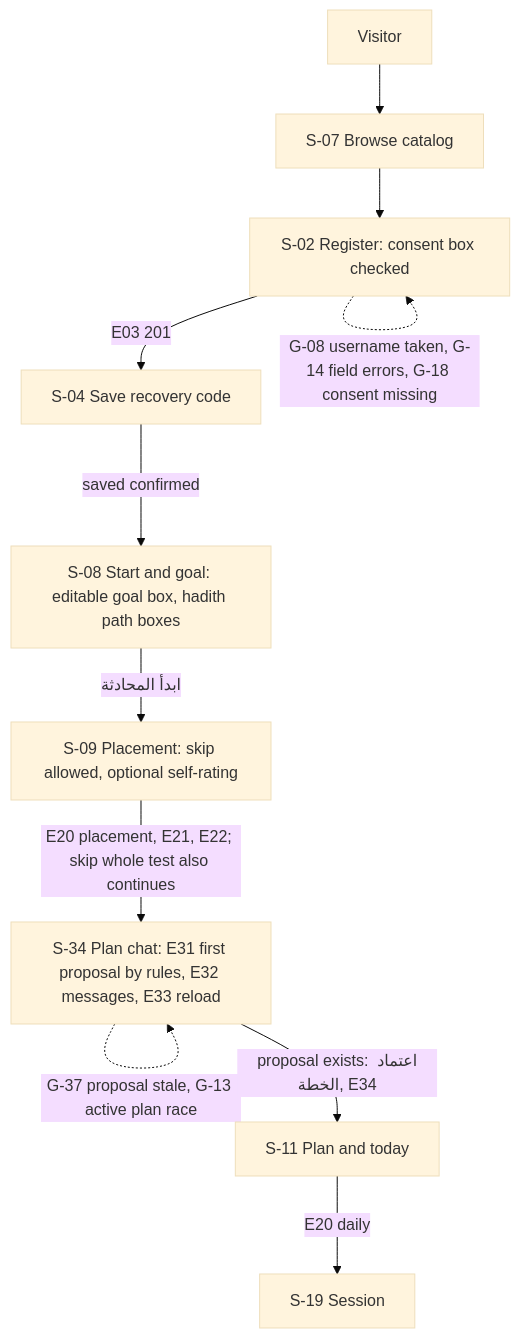
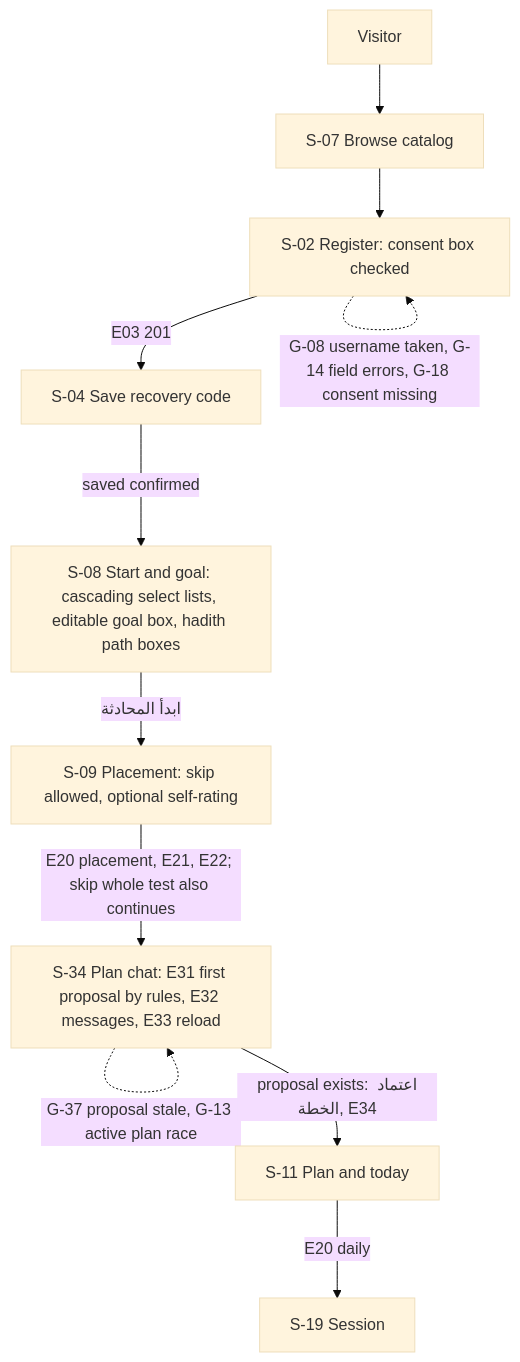
Before and after one commit to ibrashdev/qatra-app: the second of 11 diagrams in docs/UI-design.md, drawn with Mermaid (base theme). The commit also changed other lines of this file and 7 other files, not shown here.

````diff
--- a/docs/UI-design.md
+++ b/docs/UI-design.md
@@ -282,14 +282,14 @@
 ```mermaid
 flowchart TD
   V["Visitor"] --> S07["S-07 Browse catalog"]
   S07 --> S02["S-02 Register: consent box checked"]
   S02 -->|"E03 201"| S04["S-04 Save recovery code"]
   S02 -.->|"G-08 username taken, G-14 field errors, G-18 consent missing"| S02
-  S04 -->|"saved confirmed"| S08["S-08 Start and goal: editable goal box, hadith path boxes"]
+  S04 -->|"saved confirmed"| S08["S-08 Start and goal: cascading select lists, editable goal box, hadith path boxes"]
   S08 -->|"ابدأ المحادثة"| S09["S-09 Placement: skip allowed, optional self-rating"]
   S09 -->|"E20 placement, E21, E22; skip whole test also continues"| S34["S-34 Plan chat: E31 first proposal by rules, E32 messages, E33 reload"]
   S34 -.->|"G-34 replying, G-35 model unavailable, G-28 D26 refusal, G-39 redirect"| S34
   S34 -->|"proposal exists: اعتماد الخطة, E34"| S11["S-11 Plan and today"]
   S34 -.->|"G-37 proposal stale, G-13 active plan race"| S34
   S11 -->|"E20 daily"| S19["S-19 Session"]
 ```
````
